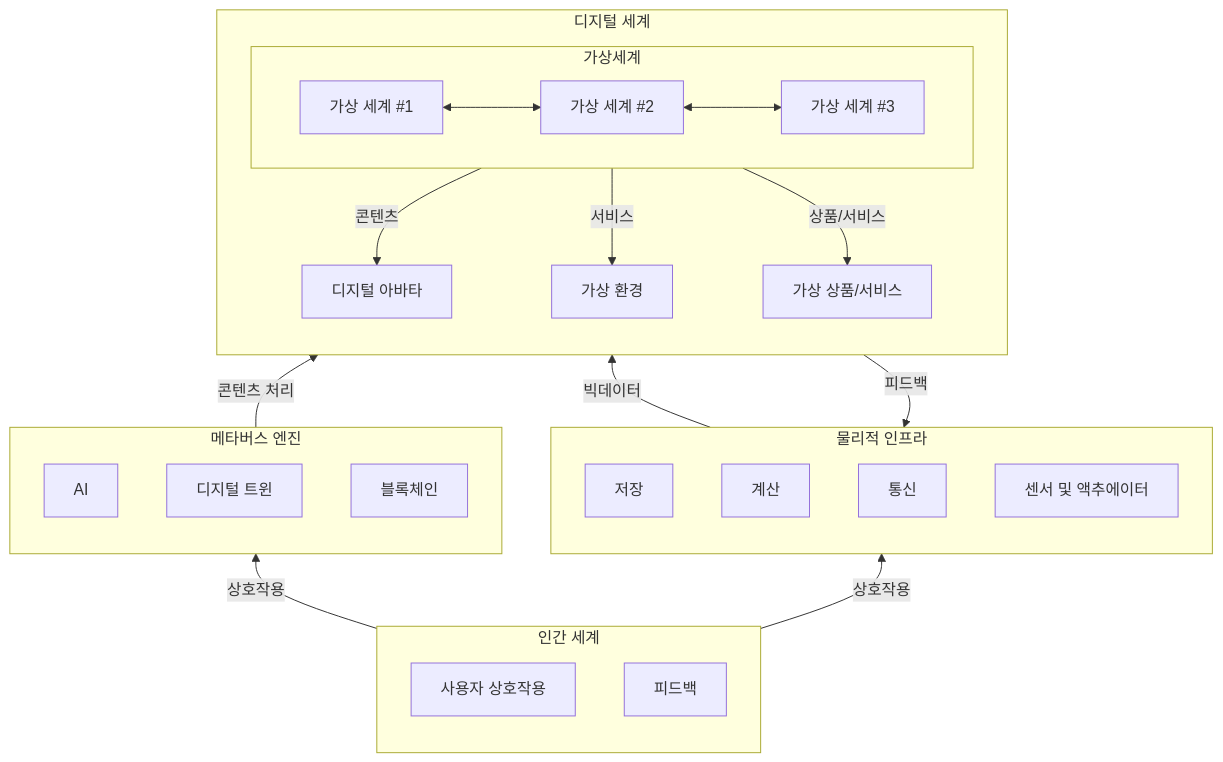
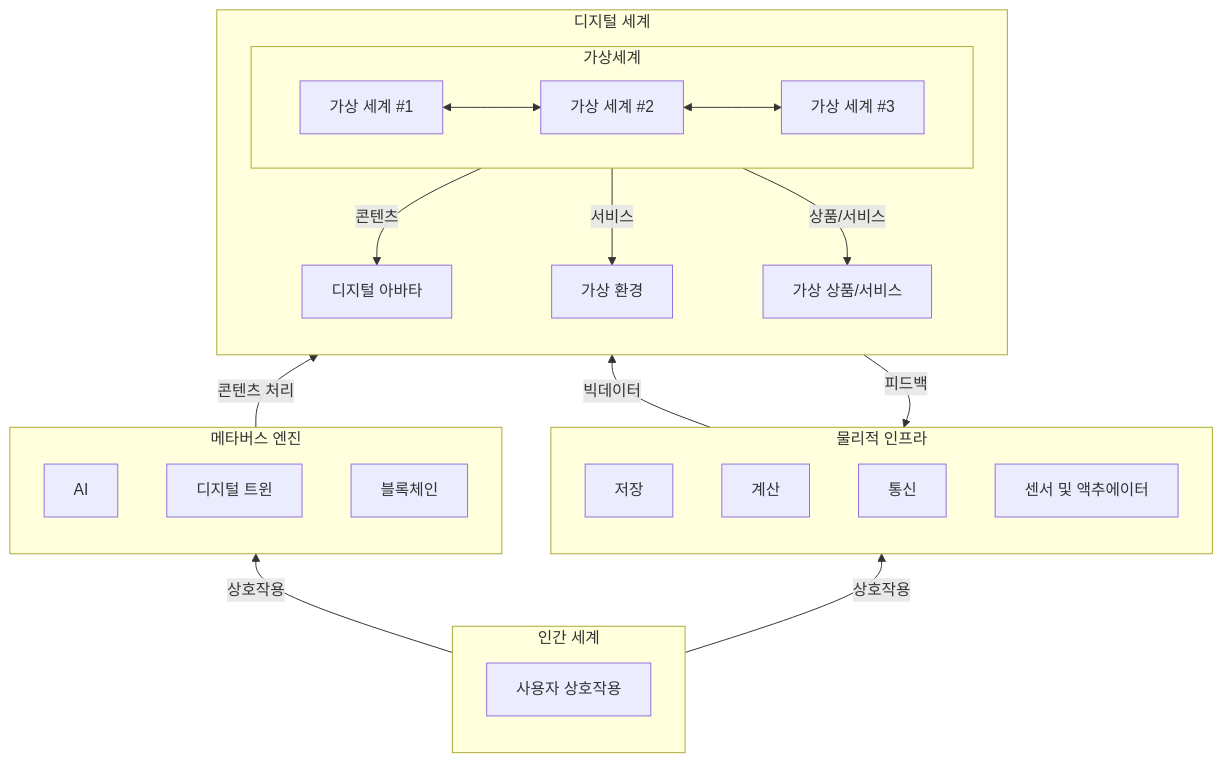
One commit to gracefullight/gracefullight.github.io changed the first of 2 diagrams in blog/pe/conv/metaverse-system-research-trends.md. Above: the diagram before and after it, drawn with Mermaid.

Commit message:
docs(pe): 📚️ metaverse system

````diff
--- a/blog/pe/conv/metaverse-system-research-trends.md
+++ b/blog/pe/conv/metaverse-system-research-trends.md
@@ -20,41 +20,40 @@
 ```mermaid
 graph BT
   subgraph HumanWorld["인간 세계"]
     Interaction["사용자 상호작용"]
-    Feedback["피드백"]
   end
   
   subgraph DigitalWorld["디지털 세계"]
     subgraph 가상세계
       direction LR
       VirtualWorld1["가상 세계 #1"]
       VirtualWorld2["가상 세계 #2"]
       VirtualWorld3["가상 세계 #3"]
 
       VirtualWorld1 <--> VirtualWorld2 <--> VirtualWorld3
     end
 
     가상세계 -->|콘텐츠| DigitalAvatars["디지털 아바타"]
     가상세계 -->|서비스| VirtualEnvironments["가상 환경"]
     가상세계 -->|상품/서비스| VirtualGoods["가상 상품/서비스"]
   end
 
   subgraph MetaverseEngine["메타버스 엔진"]
     AI["AI"]
     DigitalTwin["디지털 트윈"]
     Blockchain["블록체인"]
   end
   
   subgraph Infrastructure["물리적 인프라"]
     Storage["저장"]
     Computation["계산"]
     Communication["통신"]
     Sensors["센서 및 액추에이터"]
   end
 
   HumanWorld -->|상호작용| MetaverseEngine
   HumanWorld -->|상호작용| Infrastructure
   MetaverseEngine -->|콘텐츠 처리| DigitalWorld
   DigitalWorld -->|피드백| Infrastructure
   Infrastructure -->|빅데이터| DigitalWorld
 ```
````
